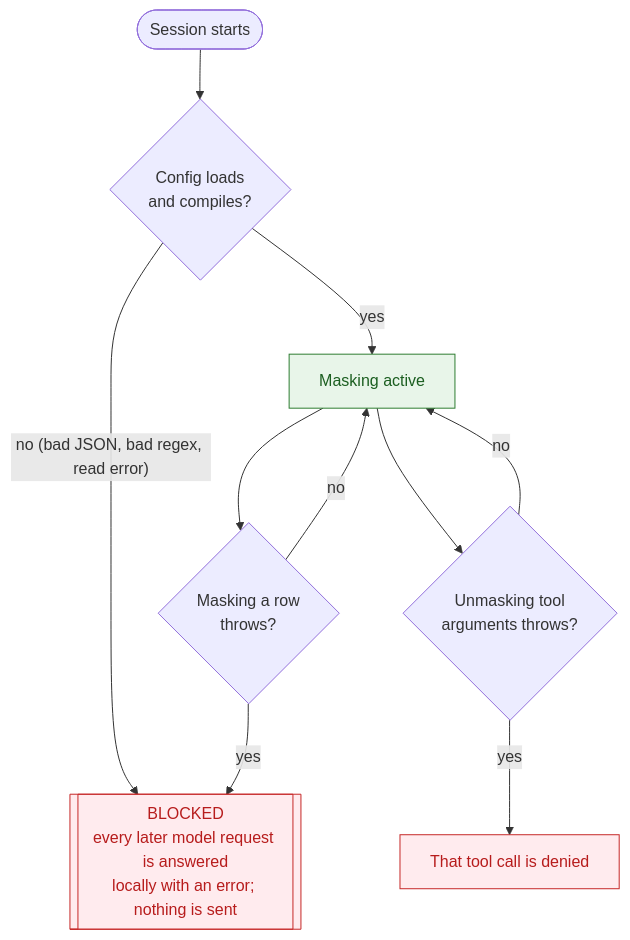
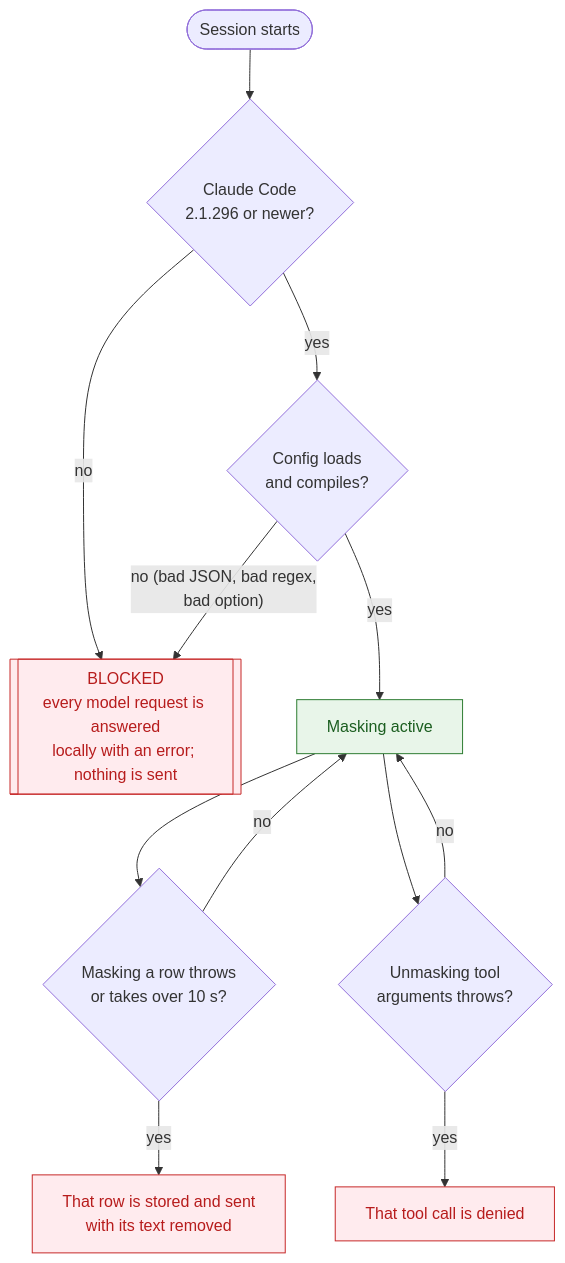
One commit to majidkabir/customer-mask changed the fifth of 5 diagrams in docs/how-it-works.md. Above: the diagram before and after it, drawn with Mermaid. The commit also changed other lines of this file and 9 other files, not shown here.

````diff
--- a/docs/how-it-works.md
+++ b/docs/how-it-works.md
@@ -184,17 +184,19 @@
 ```mermaid
 flowchart TD
-    S([Session starts]) --> L{Config loads<br/>and compiles?}
+    S([Session starts]) --> V{Claude Code<br/>2.1.296 or newer?}
+    V -- no --> B[["BLOCKED<br/>every model request is answered<br/>locally with an error; nothing is sent"]]
+    V -- yes --> L{Config loads<br/>and compiles?}
+    L -- "no (bad JSON, bad regex,<br/>bad option)" --> B
     L -- yes --> R[Masking active]
-    L -- "no (bad JSON, bad regex, read error)" --> B
-    R --> A{Masking a row<br/>throws?}
+    R --> A{Masking a row throws<br/>or takes over 10 s?}
     A -- no --> R
-    A -- yes --> B[["BLOCKED<br/>every later model request is answered<br/>locally with an error; nothing is sent"]]
+    A -- yes --> X[That row is stored and sent<br/>with its text removed]
     R --> T{Unmasking tool<br/>arguments throws?}
     T -- no --> R
     T -- yes --> D[That tool call is denied]
 
     classDef ok fill:#e8f5e9,stroke:#2e7d32,color:#1b5e20
     classDef bad fill:#ffebee,stroke:#c62828,color:#b71c1c
     class R ok
-    class B,D bad
+    class B,D,X bad
 ```
````
